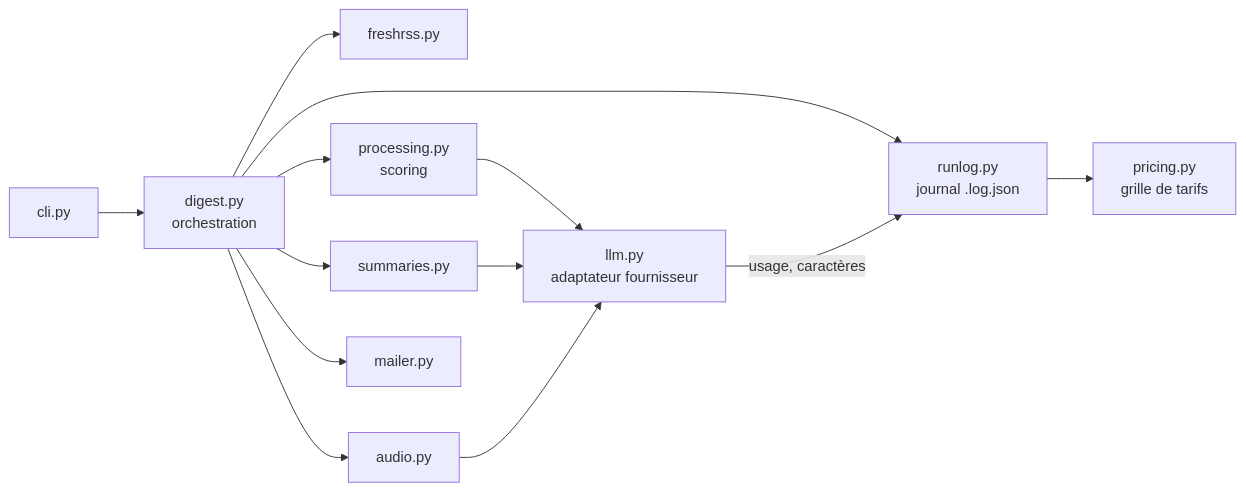
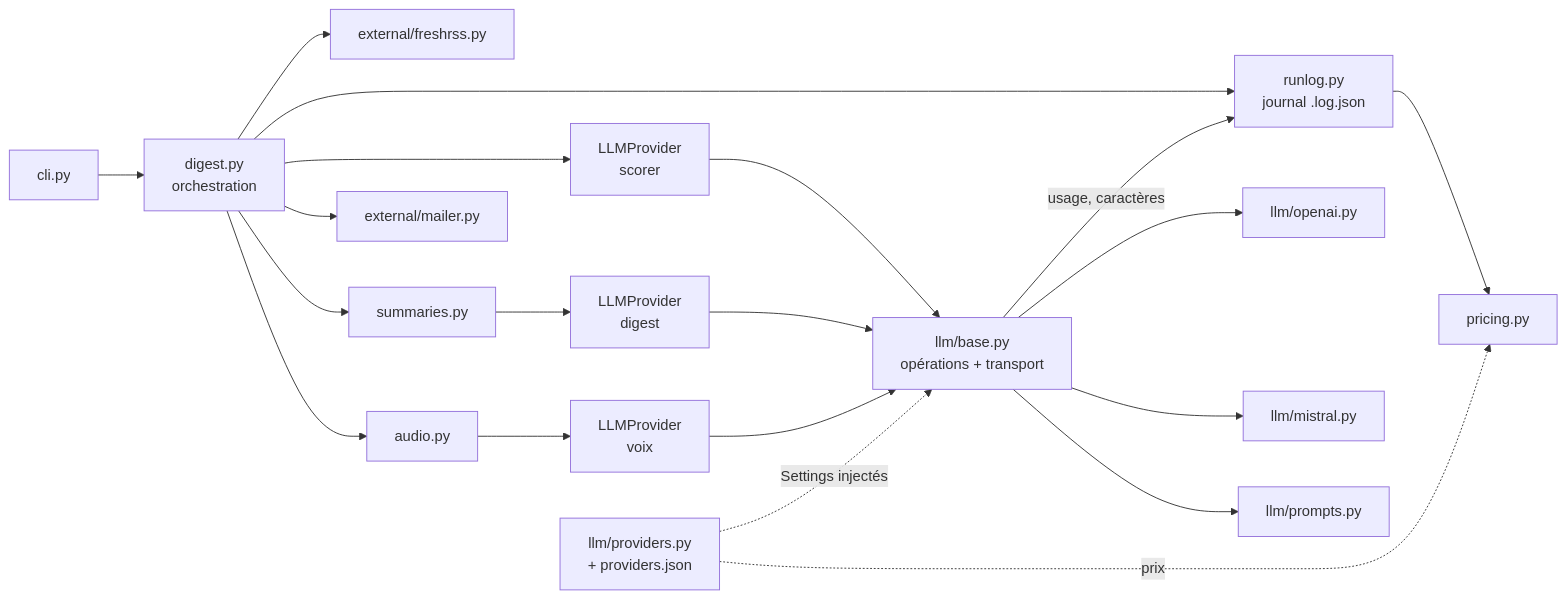
One commit to odrix/RSSResume changed the second of 2 diagrams in FONCTIONNEMENT.md. Above: the diagram before and after it, drawn with Mermaid. The commit also changed other lines of this file and 43 other files, not shown here.

Commit message:
improve structure and add mistral for tts

````diff
--- a/FONCTIONNEMENT.md
+++ b/FONCTIONNEMENT.md
@@ -498,15 +554,20 @@
 ```mermaid
 flowchart LR
     CLI[cli.py] --> DIG[digest.py<br/>orchestration]
-    DIG --> FR[freshrss.py]
-    DIG --> PR[processing.py<br/>scoring]
+    DIG --> FR[external/freshrss.py]
     DIG --> SU[summaries.py]
     DIG --> AU[audio.py]
-    DIG --> MA[mailer.py]
+    DIG --> MA[external/mailer.py]
     DIG --> RL[runlog.py<br/>journal .log.json]
-    PR --> LLM[llm.py<br/>adaptateur fournisseur]
-    SU --> LLM
-    AU --> LLM
-    LLM -->|usage, caractères| RL
-    RL --> PRI[pricing.py<br/>grille de tarifs]
+    DIG --> SC[LLMProvider<br/>scorer]
+    SU --> LLMP[LLMProvider<br/>digest]
+    AU --> TTS[LLMProvider<br/>voix]
+    SC & LLMP & TTS --> BASE[llm/base.py<br/>opérations + transport]
+    BASE --> OAI[llm/openai.py]
+    BASE --> MIS[llm/mistral.py]
+    BASE --> PRO[llm/prompts.py]
+    BASE -->|usage, caractères| RL
+    CFG[llm/providers.py<br/>+ providers.json] -.->|Settings injectés| BASE
+    RL --> PRI[pricing.py]
+    CFG -.->|prix| PRI
 ```
````
